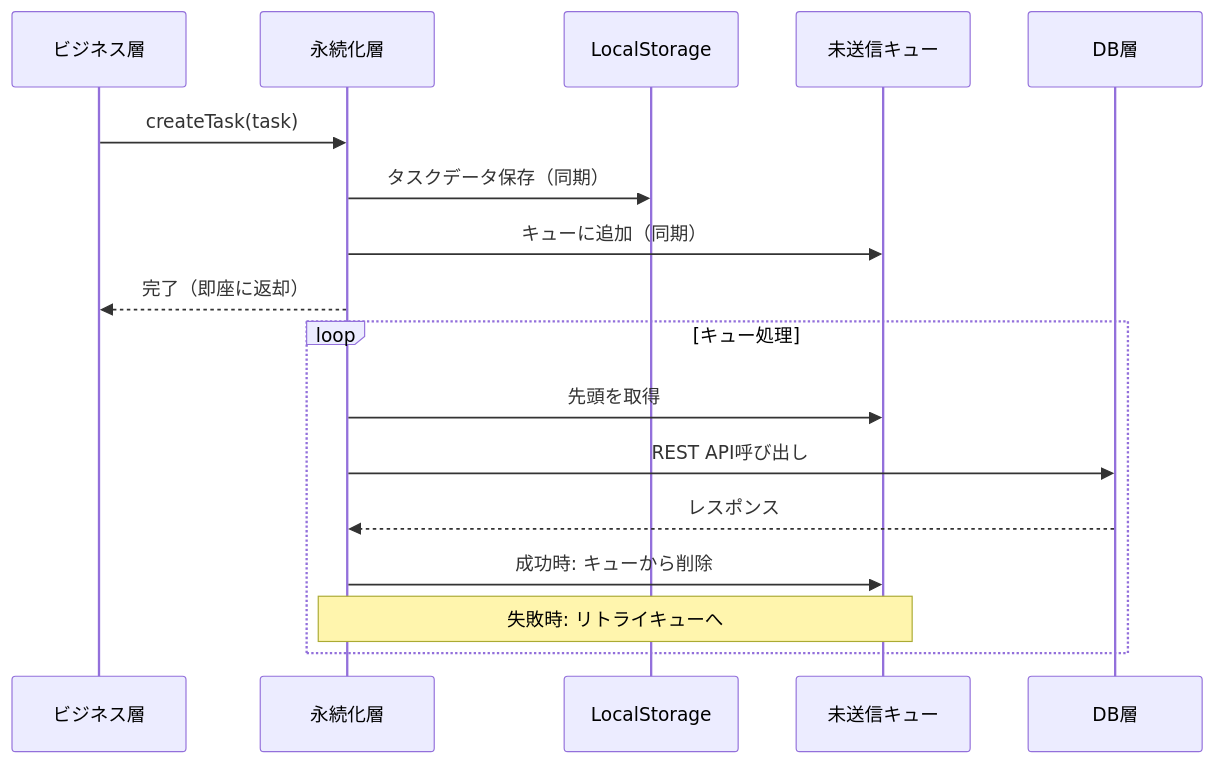
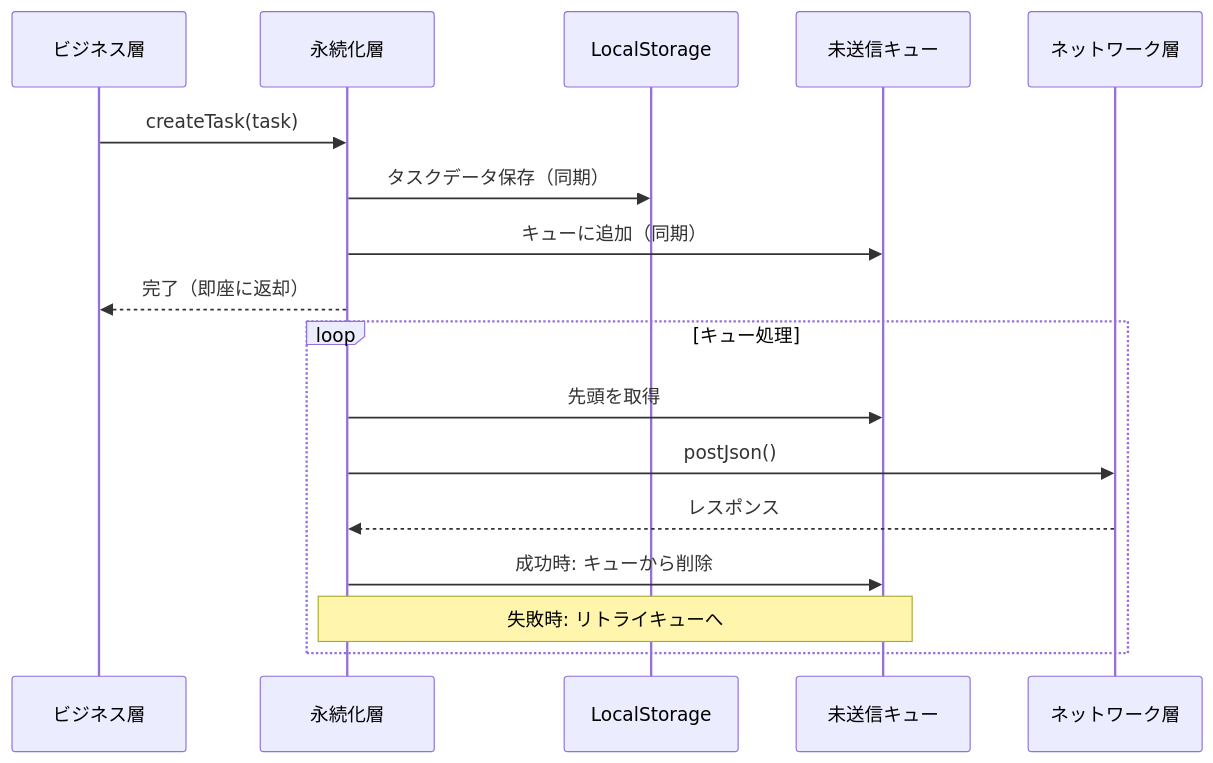
Before and after one commit to osawa-naotaka/vanishtodo: the second of 4 diagrams in doc/04_ARCHETECTURE.md, drawn with Mermaid. The commit also changed other lines of this file and 2 other files, not shown here.

````diff
--- a/doc/04_ARCHETECTURE.md
+++ b/doc/04_ARCHETECTURE.md
@@ -185,21 +188,21 @@
 ```mermaid
 sequenceDiagram
     participant BL as ビジネス層
     participant PM as 永続化層
     participant LS as LocalStorage
     participant Q as 未送信キュー
-    participant DB as DB層
+    participant NET as ネットワーク層
 
     BL->>PM: createTask(task)
     PM->>LS: タスクデータ保存（同期）
     PM->>Q: キューに追加（同期）
     PM-->>BL: 完了（即座に返却）
     
     loop キュー処理
         PM->>Q: 先頭を取得
-        PM->>DB: REST API呼び出し
-        DB-->>PM: レスポンス
+        PM->>NET: postJson()
+        NET-->>PM: レスポンス
         PM->>Q: 成功時: キューから削除
         Note over PM,Q: 失敗時: リトライキューへ
     end
 ```
````
